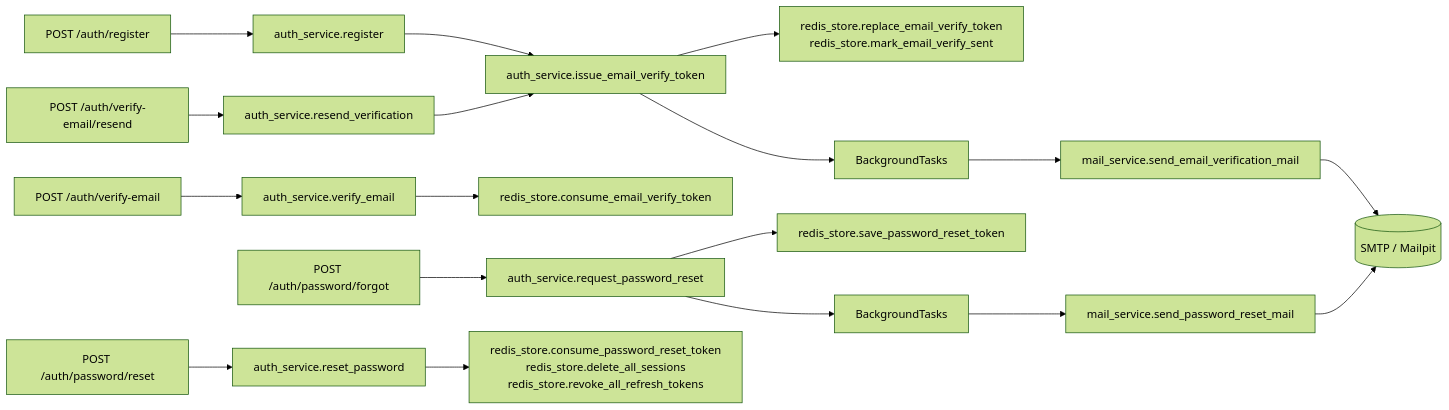
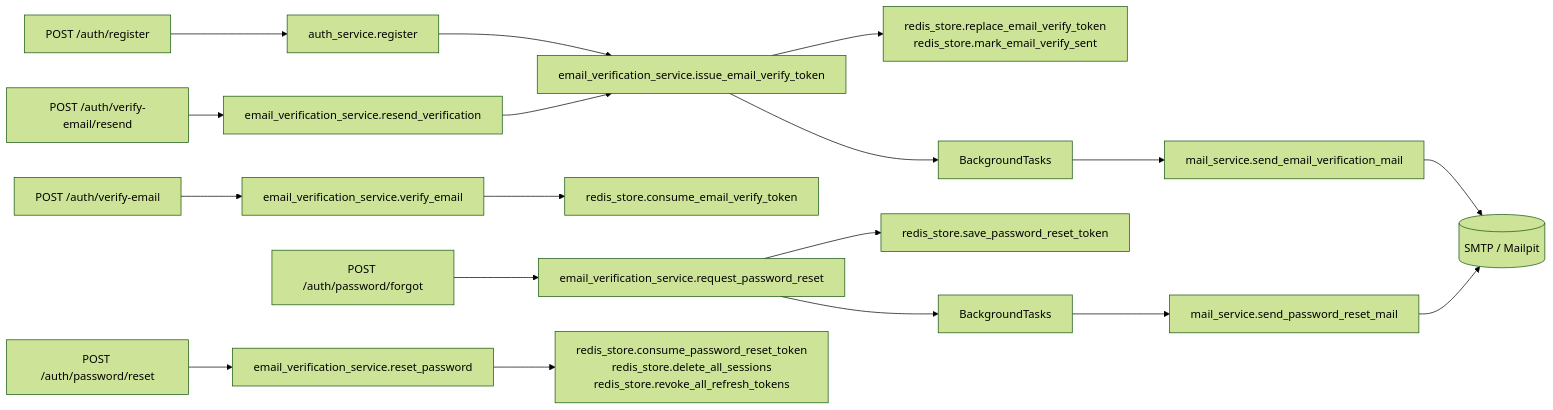
One commit to oikawa-d/task_management changed the sixth of 6 diagrams in docs/detailed_design/auth/06_token_mail.md. Above: the diagram before and after it, drawn with Mermaid (forest theme). The commit also changed other lines of this file and 29 other files, not shown here.

````diff
--- a/docs/detailed_design/auth/06_token_mail.md
+++ b/docs/detailed_design/auth/06_token_mail.md
@@ -288,24 +288,24 @@
 ```mermaid
 flowchart LR
     R1["POST /auth/register"] --> ASV1["auth_service.register"]
-    ASV1 --> ISSUE["auth_service.issue_email_verify_token"]
+    ASV1 --> ISSUE["email_verification_service.issue_email_verify_token"]
 
-    R2["POST /auth/verify-email"] --> VER["auth_service.verify_email"]
-    R3["POST /auth/verify-email/resend"] --> RESEND["auth_service.resend_verification"]
+    R2["POST /auth/verify-email"] --> VER["email_verification_service.verify_email"]
+    R3["POST /auth/verify-email/resend"] --> RESEND["email_verification_service.resend_verification"]
     RESEND --> ISSUE
 
-    R4["POST /auth/password/forgot"] --> REQPW["auth_service.request_password_reset"]
-    R5["POST /auth/password/reset"] --> RESETPW["auth_service.reset_password"]
+    R4["POST /auth/password/forgot"] --> REQPW["email_verification_service.request_password_reset"]
+    R5["POST /auth/password/reset"] --> RESETPW["email_verification_service.reset_password"]
 
     ISSUE --> RS1["redis_store.replace_email_verify_token<br/>redis_store.mark_email_verify_sent"]
     VER --> RS2["redis_store.consume_email_verify_token"]
     REQPW --> RS3["redis_store.save_password_reset_token"]
     RESETPW --> RS4["redis_store.consume_password_reset_token<br/>redis_store.delete_all_sessions<br/>redis_store.revoke_all_refresh_tokens"]
 
     ISSUE --> BG1["BackgroundTasks"]
     REQPW --> BG2["BackgroundTasks"]
     BG1 --> MAIL1["mail_service.send_email_verification_mail"]
     BG2 --> MAIL2["mail_service.send_password_reset_mail"]
     MAIL1 --> SMTP[("SMTP / Mailpit")]
     MAIL2 --> SMTP
 ```
````
